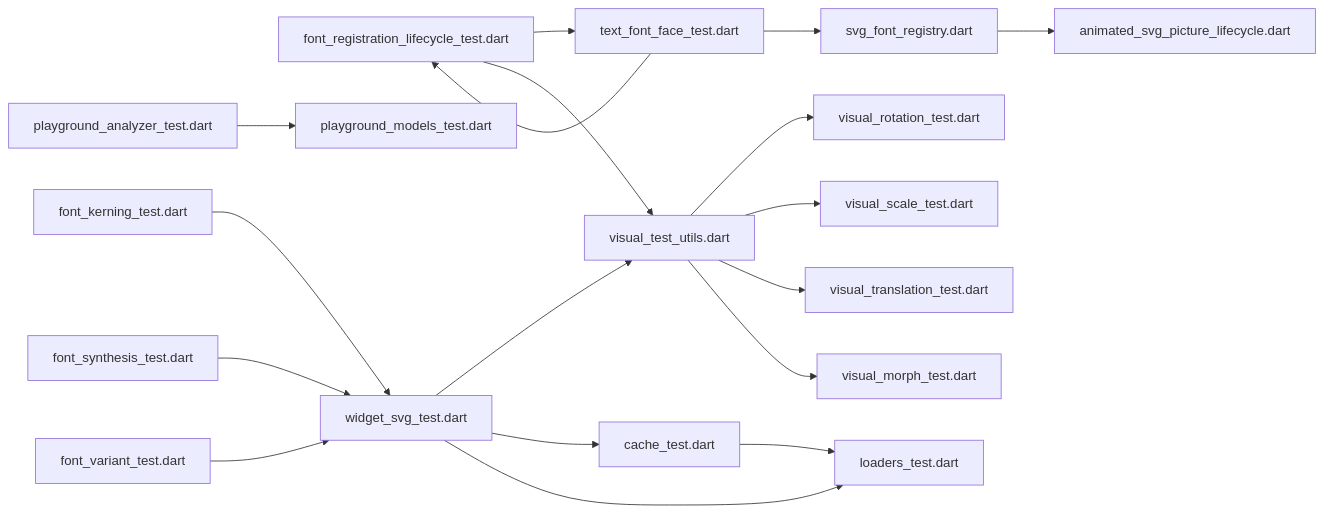
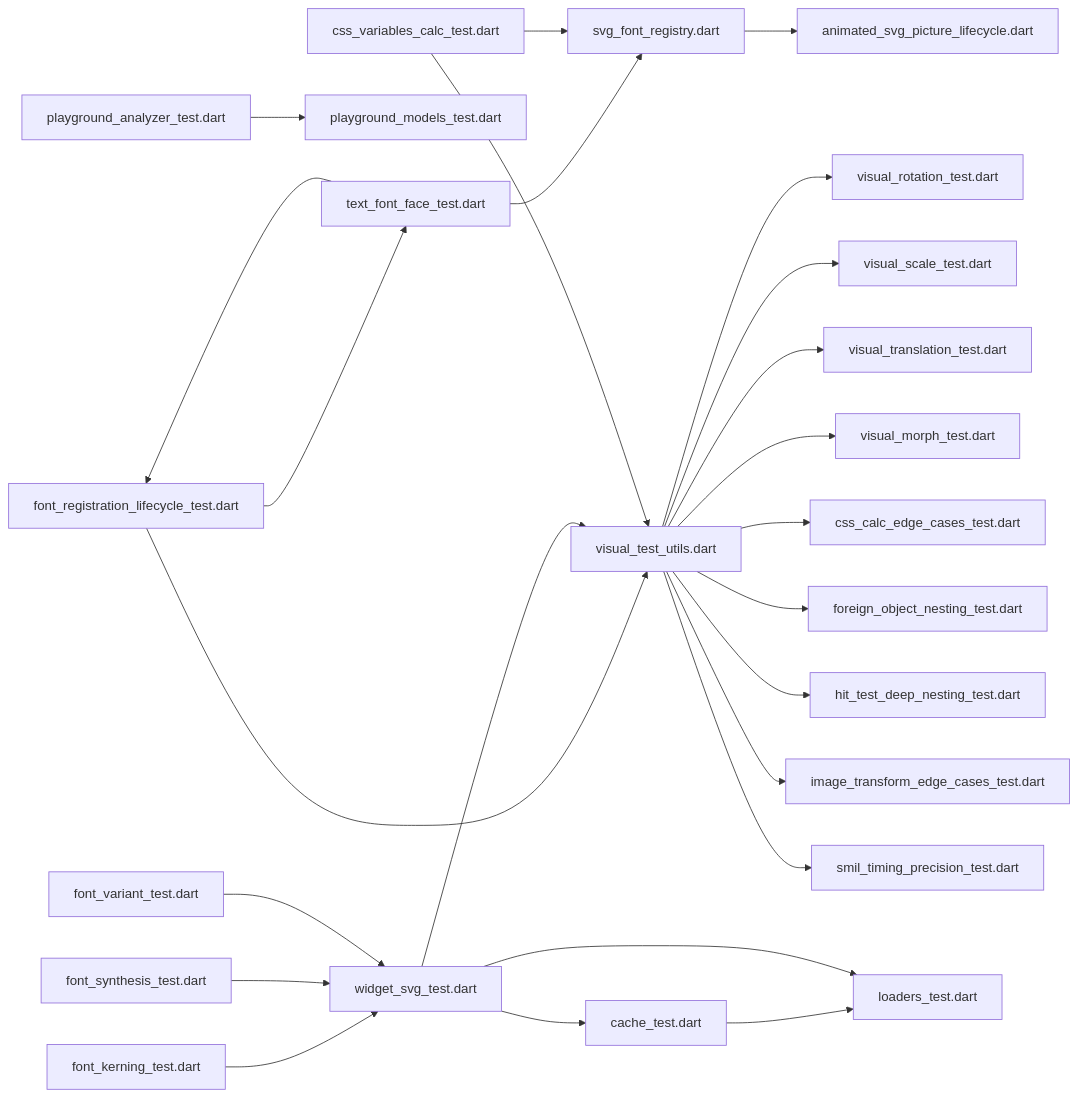
Diagram 15 of 15 in .qoder/repowiki/en/content/Testing Suite Updates.md (denisnadey/flutter_full_svg_support), drawn with Mermaid before and after one commit. The commit also changed other lines of this file and 40 other files, not shown here.

````diff
--- a/.qoder/repowiki/en/content/Testing Suite Updates.md
+++ b/.qoder/repowiki/en/content/Testing Suite Updates.md
@@ -481,20 +853,27 @@
 ```mermaid
 graph LR
 VU["visual_test_utils.dart"] --> VR["visual_rotation_test.dart"]
 VU --> VS["visual_scale_test.dart"]
 VU --> VT["visual_translation_test.dart"]
 VU --> VM["visual_morph_test.dart"]
+VU --> CCE["css_calc_edge_cases_test.dart"]
+VU --> FON["foreign_object_nesting_test.dart"]
+VU --> HTDN["hit_test_deep_nesting_test.dart"]
+VU --> ITE["image_transform_edge_cases_test.dart"]
+VU --> STP["smil_timing_precision_test.dart"]
 FRL["font_registration_lifecycle_test.dart"] --> TF["text_font_face_test.dart"]
 FRL --> VU
 TF --> FRL
 TF --> FR["svg_font_registry.dart"]
 FR --> AF["animated_svg_picture_lifecycle.dart"]
 CT["cache_test.dart"] --> LT["loaders_test.dart"]
 PA["playground_analyzer_test.dart"] --> PM["playground_models_test.dart"]
 WS["widget_svg_test.dart"] --> VU
 WS --> CT
 WS --> LT
 FK["font_kerning_test.dart"] --> WS
 FS["font_synthesis_test.dart"] --> WS
 FV["font_variant_test.dart"] --> WS
+CVC["css_variables_calc_test.dart"] --> VU
+CVC --> FR
 ```
````
